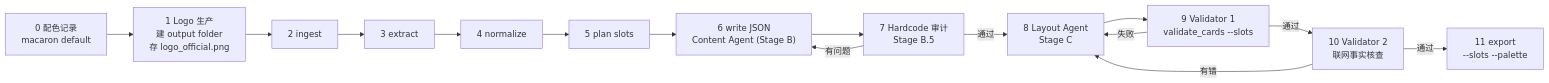
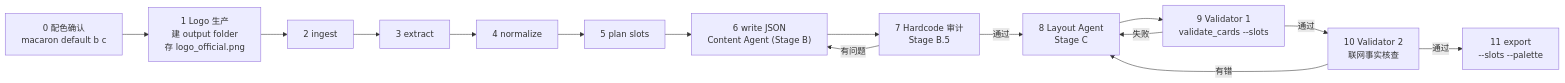
Before and after one commit to pppop00/equity-photo-cards-skill: the fifth of 5 diagrams in references/workflow-flowchart.md, drawn with Mermaid. The commit also changed 12 other files, not shown here.

````diff
--- a/references/workflow-flowchart.md
+++ b/references/workflow-flowchart.md
@@ -128,17 +128,17 @@
 ```mermaid
 flowchart LR
-    S0["0 配色记录\nmacaron default"] --> SA["1 Logo 生产\n建 output folder\n存 logo_official.png"]
+    S0["0 配色确认\nmacaron default b c"] --> SA["1 Logo 生产\n建 output folder\n存 logo_official.png"]
     SA --> S1["2 ingest"]
     S1 --> S2["3 extract"]
     S2 --> S3["4 normalize"]
     S3 --> S4["5 plan slots"]
     S4 --> S5["6 write JSON\nContent Agent (Stage B)"]
     S5 --> S6["7 Hardcode 审计\nStage B.5"]
     S6 -->|有问题| S5
     S6 -->|通过| S7["8 Layout Agent\nStage C"]
     S7 --> S8["9 Validator 1\nvalidate_cards --slots"]
     S8 -->|失败| S7
     S8 -->|通过| S9["10 Validator 2\n联网事实核查"]
     S9 -->|有错| S7
     S9 -->|通过| S10["11 export\n--slots --palette <confirmed>"]
 ```
````
